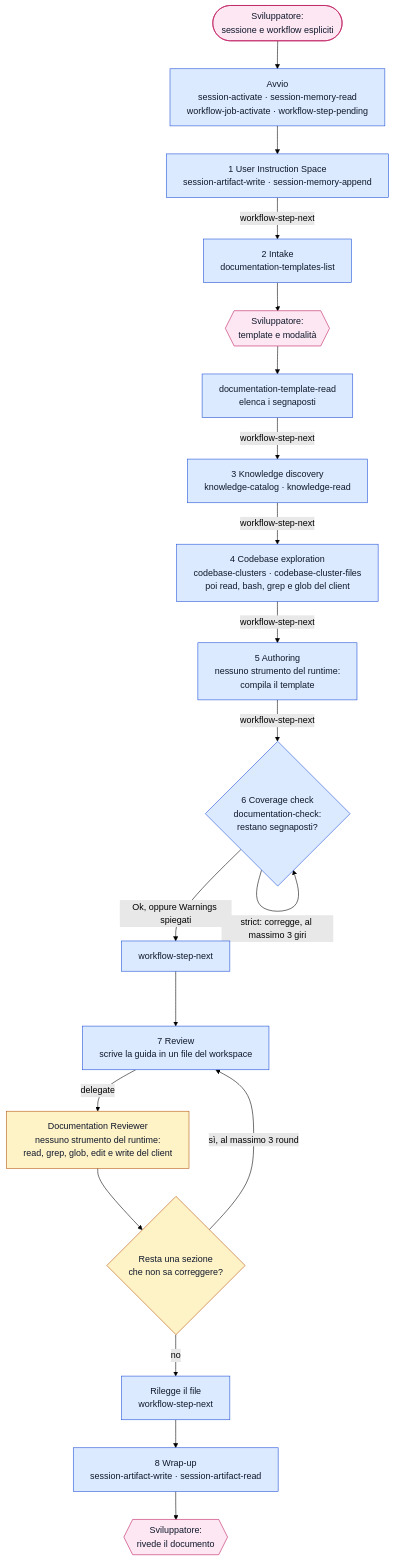
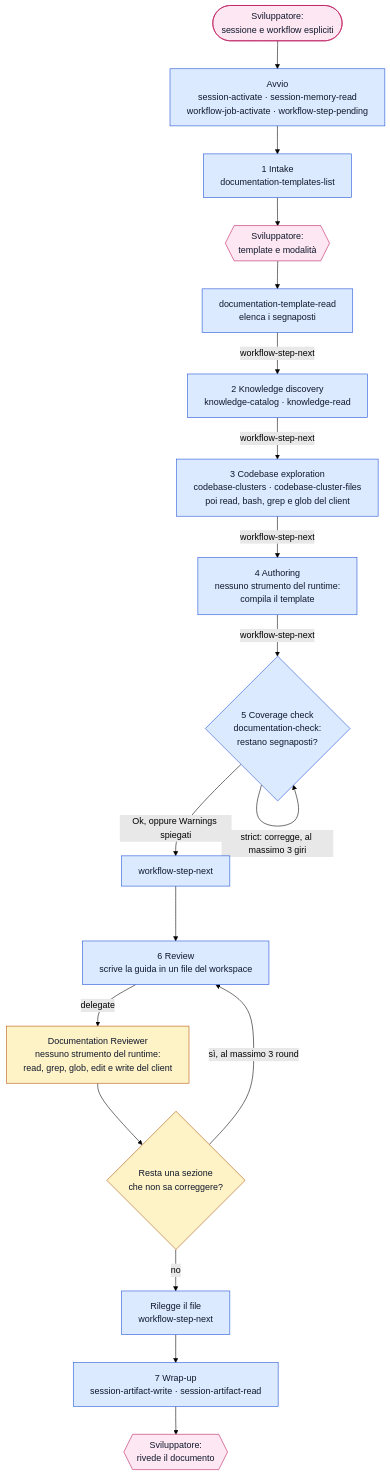
One commit to violabg/agentic-system-lessons changed the diagram in orchestrator/reference/strumenti-documentation.md. Above: the diagram before and after it, drawn with Mermaid (forest theme). The commit also changed other lines of this file and 68 other files, not shown here.

````diff
--- a/orchestrator/reference/strumenti-documentation.md
+++ b/orchestrator/reference/strumenti-documentation.md
@@ -19,29 +19,28 @@
 ```mermaid
 %%{init: {"flowchart": {"wrappingWidth": 460}}}%%
 flowchart TD
     Dev(["Sviluppatore:<br/>sessione e workflow espliciti"]) --> Start["Avvio<br/>session-activate · session-memory-read<br/>workflow-job-activate · workflow-step-pending"]
-    Start --> S1["1 User Instruction Space<br/>session-artifact-write · session-memory-append"]
-    S1 -->|workflow-step-next| S2["2 Intake<br/>documentation-templates-list"]
-    S2 --> Choice{{"Sviluppatore:<br/>template e modalità"}}
-    Choice --> S2b["documentation-template-read<br/>elenca i segnaposti"]
-    S2b -->|workflow-step-next| S3["3 Knowledge discovery<br/>knowledge-catalog · knowledge-read"]
-    S3 -->|workflow-step-next| S4["4 Codebase exploration<br/>codebase-clusters · codebase-cluster-files<br/>poi read, bash, grep e glob del client"]
-    S4 -->|workflow-step-next| S5["5 Authoring<br/>nessuno strumento del runtime:<br/>compila il template"]
-    S5 -->|workflow-step-next| S6{"6 Coverage check<br/>documentation-check:<br/>restano segnaposti?"}
-    S6 -->|"strict: corregge, al massimo 3 giri"| S6
-    S6 -->|"Ok, oppure Warnings spiegati"| S6b["workflow-step-next"]
-    S6b --> S7["7 Review<br/>scrive la guida in un file del workspace"]
-    S7 -->|delegate| DR["Documentation Reviewer<br/>nessuno strumento del runtime:<br/>read, grep, glob, edit e write del client"]
+    Start --> S1["1 Intake<br/>documentation-templates-list"]
+    S1 --> Choice{{"Sviluppatore:<br/>template e modalità"}}
+    Choice --> S1b["documentation-template-read<br/>elenca i segnaposti"]
+    S1b -->|workflow-step-next| S2["2 Knowledge discovery<br/>knowledge-catalog · knowledge-read"]
+    S2 -->|workflow-step-next| S3["3 Codebase exploration<br/>codebase-clusters · codebase-cluster-files<br/>poi read, bash, grep e glob del client"]
+    S3 -->|workflow-step-next| S4["4 Authoring<br/>nessuno strumento del runtime:<br/>compila il template"]
+    S4 -->|workflow-step-next| S5{"5 Coverage check<br/>documentation-check:<br/>restano segnaposti?"}
+    S5 -->|"strict: corregge, al massimo 3 giri"| S5
+    S5 -->|"Ok, oppure Warnings spiegati"| S5b["workflow-step-next"]
+    S5b --> S6["6 Review<br/>scrive la guida in un file del workspace"]
+    S6 -->|delegate| DR["Documentation Reviewer<br/>nessuno strumento del runtime:<br/>read, grep, glob, edit e write del client"]
     DR --> Report{"Resta una sezione<br/>che non sa correggere?"}
-    Report -->|"sì, al massimo 3 round"| S7
-    Report -->|no| S7b["Rilegge il file<br/>workflow-step-next"]
-    S7b --> S8["8 Wrap-up<br/>session-artifact-write · session-artifact-read"]
-    S8 --> End{{"Sviluppatore:<br/>rivede il documento"}}
+    Report -->|"sì, al massimo 3 round"| S6
+    Report -->|no| S6b["Rilegge il file<br/>workflow-step-next"]
+    S6b --> S7["7 Wrap-up<br/>session-artifact-write · session-artifact-read"]
+    S7 --> End{{"Sviluppatore:<br/>rivede il documento"}}
     classDef orch fill:#dbeafe,stroke:#1d4ed8,color:#0f172a
     classDef impl fill:#dcfce7,stroke:#15803d,color:#0f172a
     classDef verif fill:#fef3c7,stroke:#b45309,color:#0f172a
     classDef human fill:#fce7f3,stroke:#be185d,color:#0f172a
-    class Start,S1,S2,S2b,S3,S4,S5,S6,S6b,S7,S7b,S8 orch
+    class Start,S1,S1b,S2,S3,S4,S5,S5b,S6,S6b,S7 orch
     class DR,Report verif
     class Dev,Choice,End human
 ```
````
